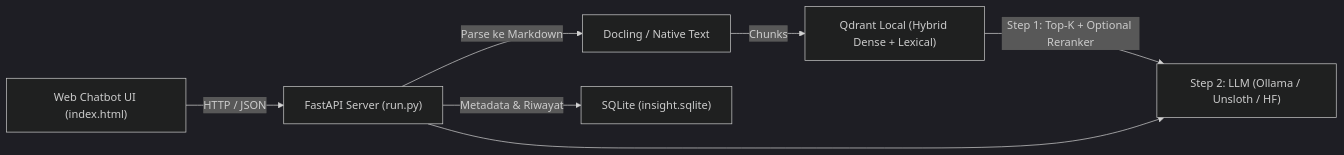
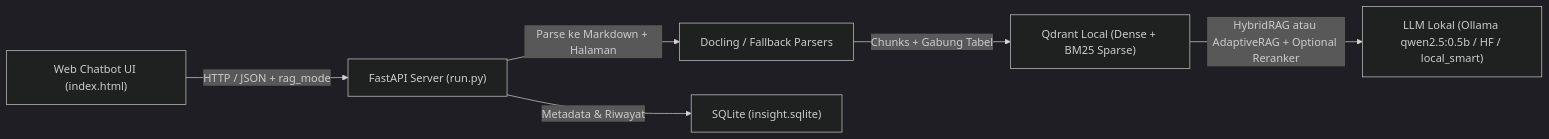
One commit to Cahyo-Wisanggeni/InSight changed the diagram in README.md. Above: the diagram before and after it, drawn with Mermaid (dark theme). The commit also changed other lines of this file and 16 other files, not shown here.

Commit message:
feat(local): switch to 100% local backend with Dual RAG, GGUF Qwen2.5-0.5B, and centralized resources

````diff
--- a/README.md
+++ b/README.md
@@ -26,9 +24,8 @@
 ```mermaid
 flowchart LR
-    UI["Web Chatbot UI (index.html)"] -->|"HTTP / JSON"| API["FastAPI Server (run.py)"]
-    API -->|"Parse ke Markdown"| Parser["Docling / Native Text"]
-    Parser -->|"Chunks"| Qdrant["Qdrant Local (Hybrid Dense + Lexical)"]
+    UI["Web Chatbot UI (index.html)"] -->|"HTTP / JSON + rag_mode"| API["FastAPI Server (run.py)"]
+    API -->|"Parse ke Markdown + Halaman"| Parser["Docling / Fallback Parsers"]
+    Parser -->|"Chunks + Gabung Tabel"| Qdrant["Qdrant Local (Dense + BM25 Sparse)"]
     API -->|"Metadata & Riwayat"| SQLite["SQLite (insight.sqlite)"]
-    Qdrant -->|"Step 1: Top-K + Optional Reranker"| LLM["Step 2: LLM (Ollama / Unsloth / HF)"]
-    API --> LLM
+    Qdrant -->|"HybridRAG atau AdaptiveRAG + Optional Reranker"| LLM["LLM Lokal (Ollama qwen2.5:0.5b / HF / local_smart)"]
 ```
````
